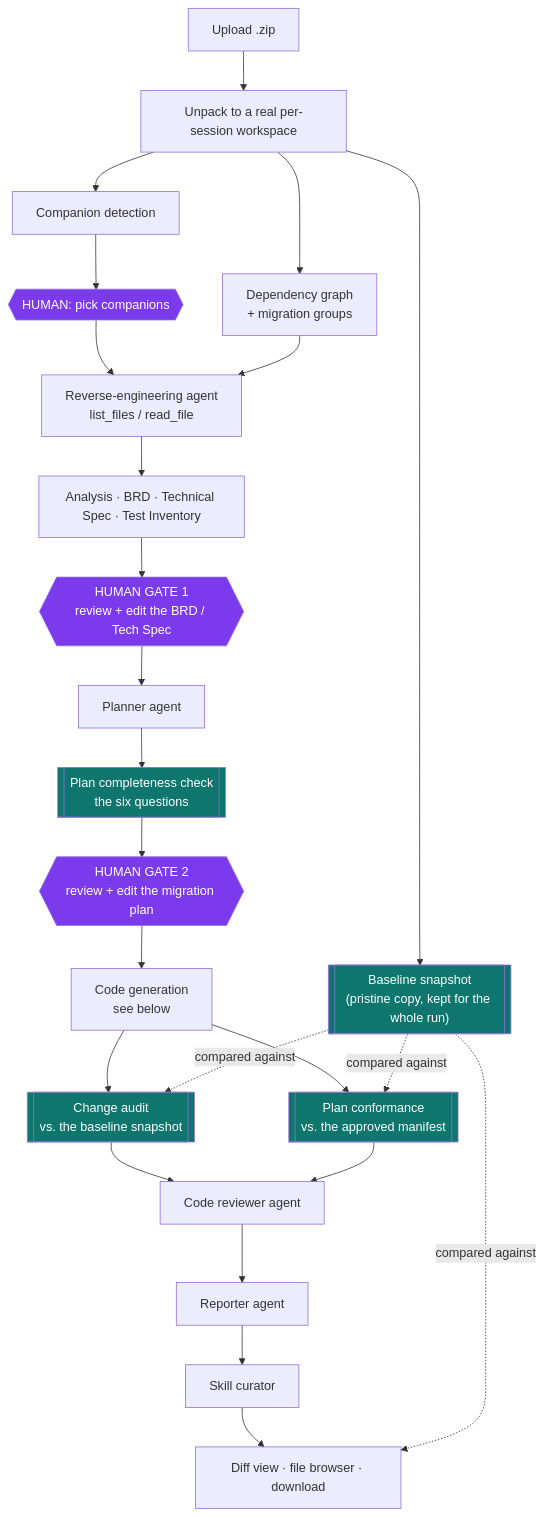
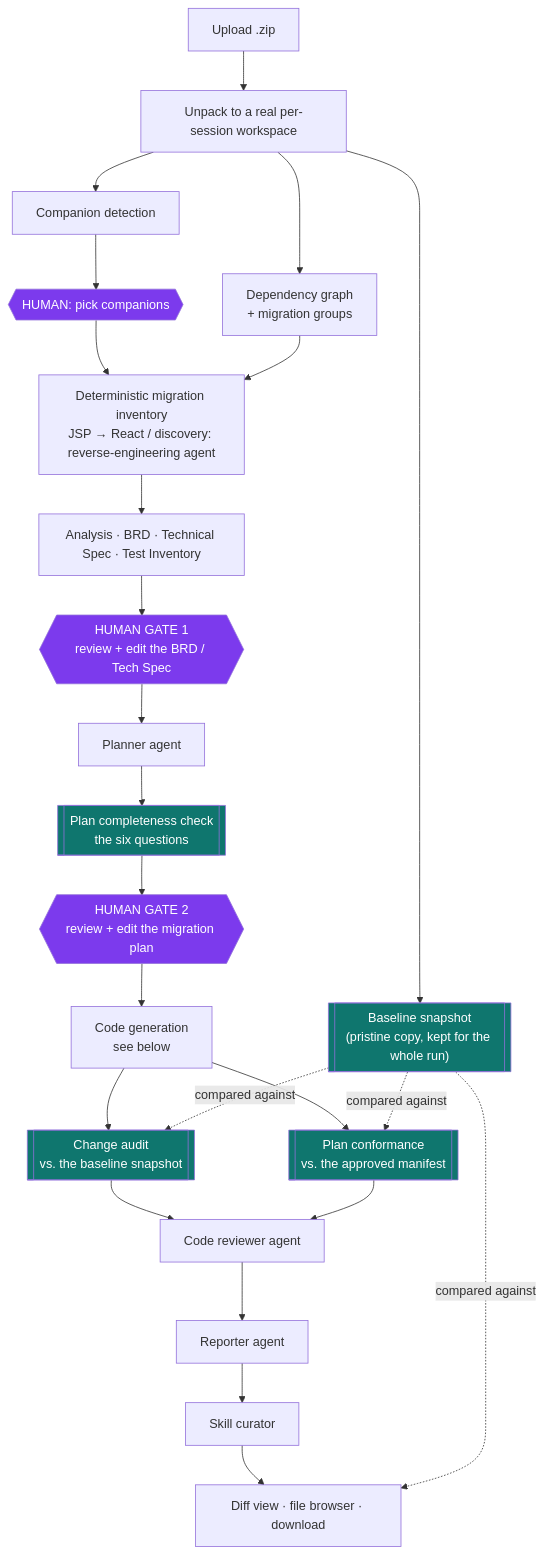
One commit to Sugeesh-suresh/app-modernizer changed the first of 2 diagrams in README.md. Above: the diagram before and after it, drawn with Mermaid. The commit also changed other lines of this file and 18 other files, not shown here.

````diff
--- a/README.md
+++ b/README.md
@@ -89,37 +98,37 @@
 ```mermaid
 flowchart TD
     U[Upload .zip] --> W[Unpack to a real per-session workspace]
     W --> SNAP[["Baseline snapshot<br/>(pristine copy, kept for the whole run)"]]
     W --> DG[Dependency graph<br/>+ migration groups]
     W --> CD[Companion detection]
     CD --> SEL{{HUMAN: pick companions}}
 
-    SEL --> RE[Reverse-engineering agent<br/>list_files / read_file]
+    SEL --> RE[Deterministic migration inventory<br/>JSP → React / discovery: reverse-engineering agent]
     DG --> RE
     RE --> DOC[Analysis · BRD · Technical Spec · Test Inventory]
     DOC --> G1{{"HUMAN GATE 1<br/>review + edit the BRD / Tech Spec"}}
 
     G1 --> PLAN[Planner agent]
     PLAN --> CHK[[Plan completeness check<br/>the six questions]]
     CHK --> G2{{"HUMAN GATE 2<br/>review + edit the migration plan"}}
 
     G2 --> CODE[Code generation<br/>see below]
     CODE --> AUDIT[[Change audit<br/>vs. the baseline snapshot]]
     CODE --> CONF[[Plan conformance<br/>vs. the approved manifest]]
     AUDIT --> CR[Code reviewer agent]
     CONF --> CR
     CR --> REP[Reporter agent] --> CUR[Skill curator]
     CUR --> OUT[Diff view · file browser · download]
 
     SNAP -.compared against.-> AUDIT
     SNAP -.compared against.-> CONF
     SNAP -.compared against.-> OUT
 
     style G1 fill:#7c3aed,color:#fff
     style G2 fill:#7c3aed,color:#fff
     style SEL fill:#7c3aed,color:#fff
     style SNAP fill:#0f766e,color:#fff
     style CHK fill:#0f766e,color:#fff
     style AUDIT fill:#0f766e,color:#fff
     style CONF fill:#0f766e,color:#fff
 ```
````
